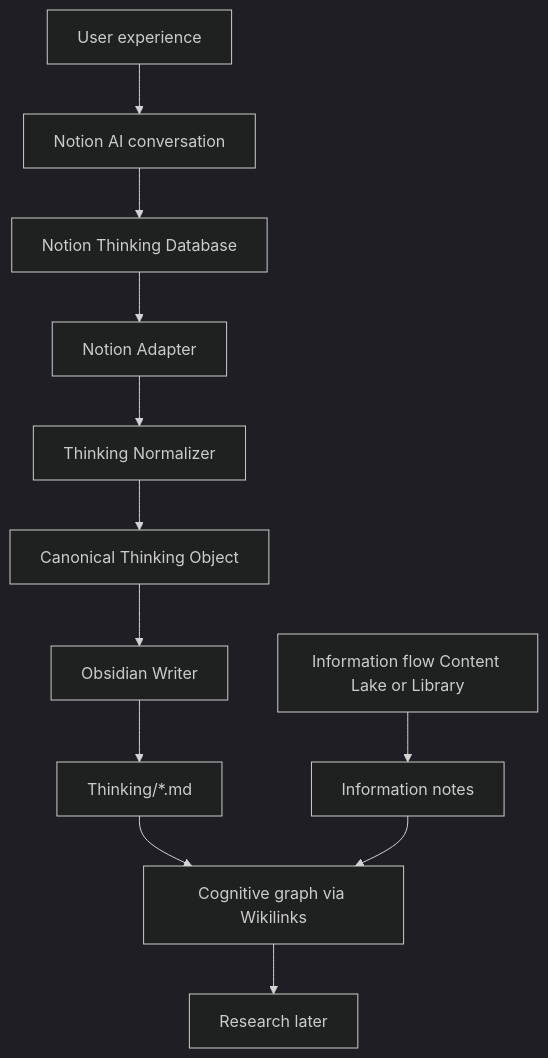
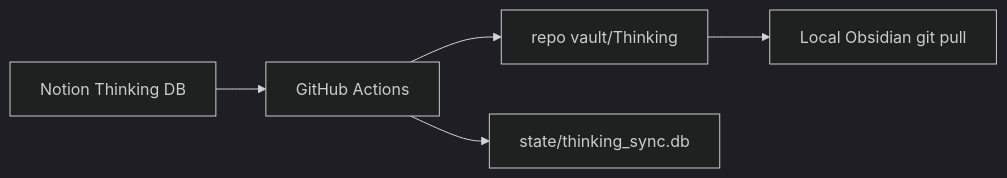
The diagram in docs/architecture/THINKING_VAULT_ARCHITECTURE.md (CarryLewis/research_brief), drawn with Mermaid (dark theme) before and after one commit. The commit also changed other lines of this file and 393 other files, not shown here.

First line of the commit message:
Slim the repo to Thinking Vault and run sync on GitHub Actions.

````diff
--- a/docs/architecture/THINKING_VAULT_ARCHITECTURE.md
+++ b/docs/architecture/THINKING_VAULT_ARCHITECTURE.md
@@ -93,14 +37,12 @@
 ```mermaid
-flowchart TD
-  User[User experience] --> NotionAI[Notion AI conversation]
-  NotionAI --> NotionDB[Notion Thinking Database]
-  NotionDB --> Adapter[Notion Adapter]
-  Adapter --> Normalizer[Thinking Normalizer]
-  Normalizer --> Canon[Canonical Thinking Object]
-  Canon --> Writer[Obsidian Writer]
-  Writer --> ThinkingMd["Thinking/*.md"]
-  ThinkingMd --> Graph[Cognitive graph via Wikilinks]
-  InfoFlow[Information flow Content Lake or Library] --> InfoMd[Information notes]
-  InfoMd --> Graph
-  Graph --> Research[Research later]
+flowchart LR
+  Notion[Notion Thinking DB]
+  Actions[GitHub Actions]
+  Vault[repo vault/Thinking]
+  State[state/thinking_sync.db]
+  Obsidian[Local Obsidian git pull]
+  Notion --> Actions
+  Actions --> Vault
+  Actions --> State
+  Vault --> Obsidian
 ```
````
